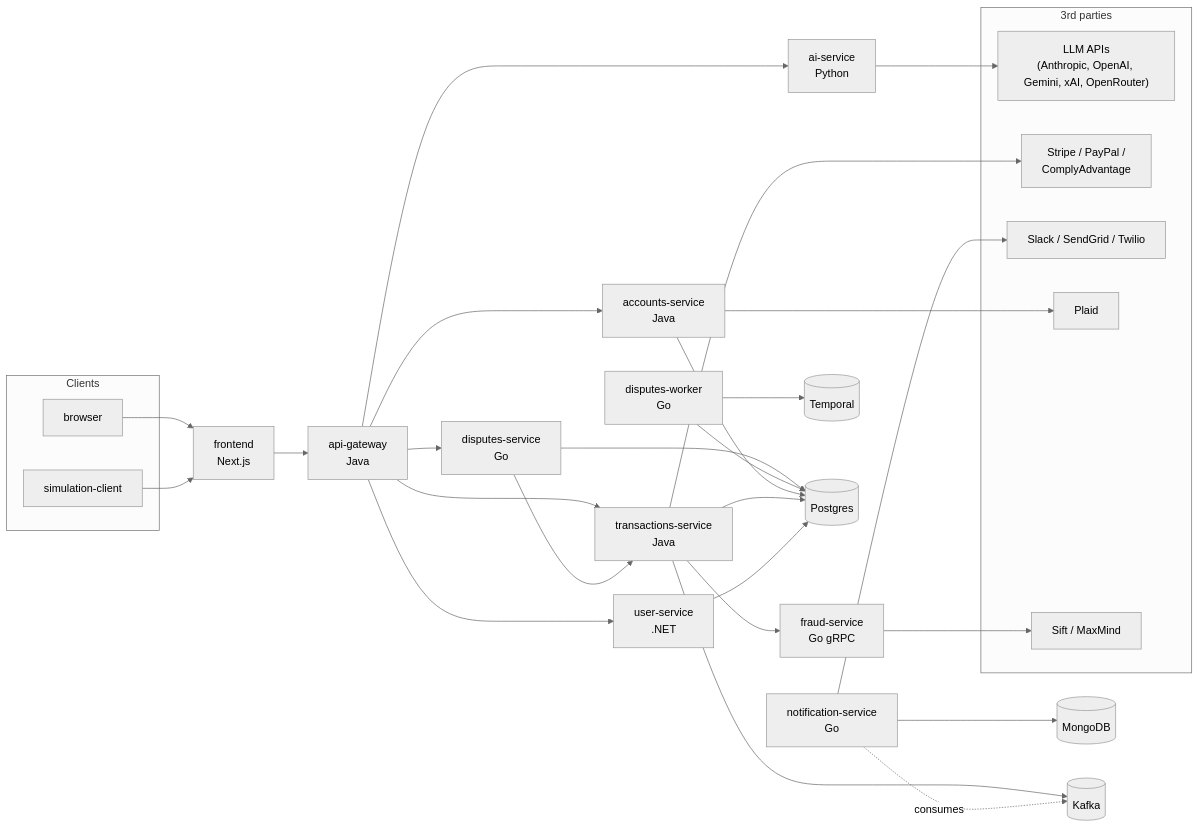
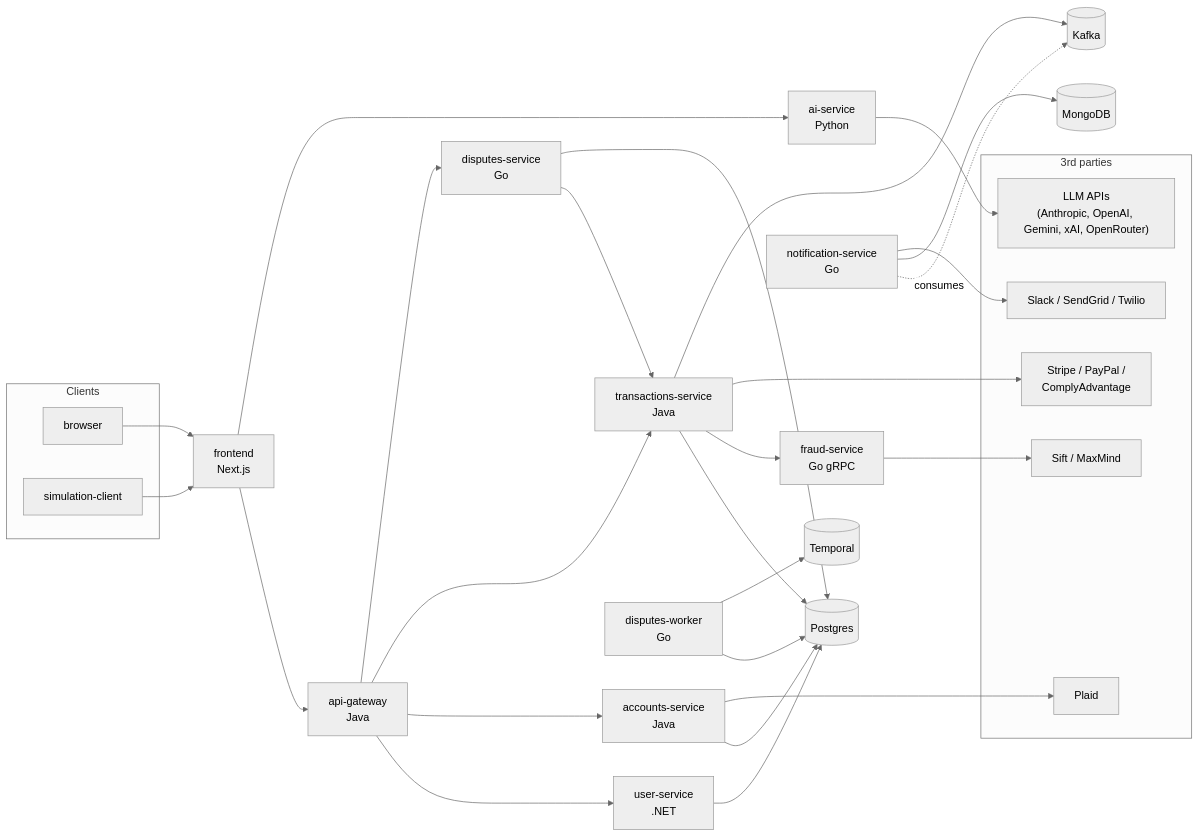
Before and after one commit to dipjyotimetia/distributed-systems: the diagram in README.md, drawn with Mermaid (neutral theme). The commit also changed other lines of this file and 27 other files, not shown here.

````diff
--- a/README.md
+++ b/README.md
@@ -53,61 +56,61 @@
 ```mermaid
 flowchart LR
   subgraph clients["Clients"]
     browser[browser]
     sim[simulation-client]
   end
 
   frontend[frontend<br/>Next.js]
   gateway[api-gateway<br/>Java]
   accounts[accounts-service<br/>Java]
   transactions[transactions-service<br/>Java]
   users[user-service<br/>.NET]
   ai[ai-service<br/>Python]
   fraud[fraud-service<br/>Go gRPC]
   notif[notification-service<br/>Go]
   disputes[disputes-service<br/>Go]
   worker[disputes-worker<br/>Go]
   temporal[(Temporal)]
 
   postgres[(Postgres)]
   mongo[(MongoDB)]
   kafka[(Kafka)]
 
   subgraph thirdparty["3rd parties"]
     llm["LLM APIs<br/>(Anthropic, OpenAI, Gemini, xAI, OpenRouter)"]
     payments["Stripe / PayPal /<br/>ComplyAdvantage"]
     messaging["Slack / SendGrid / Twilio"]
     plaid["Plaid"]
     risk["Sift / MaxMind"]
   end
 
   browser --> frontend
   sim --> frontend
   frontend --> gateway
   gateway --> users
   gateway --> accounts
   gateway --> transactions
-  gateway --> ai
+  frontend --> ai
   gateway --> disputes
   disputes --> transactions
   disputes --> postgres
   worker --> postgres
   worker --> temporal
 
   accounts --> postgres
   transactions --> postgres
   users --> postgres
   accounts --> plaid
 
   transactions --> fraud
   transactions --> payments
   transactions --> kafka
 
   fraud --> risk
 
   ai --> llm
 
   notif -.consumes.-> kafka
   notif --> mongo
   notif --> messaging
 ```
````
